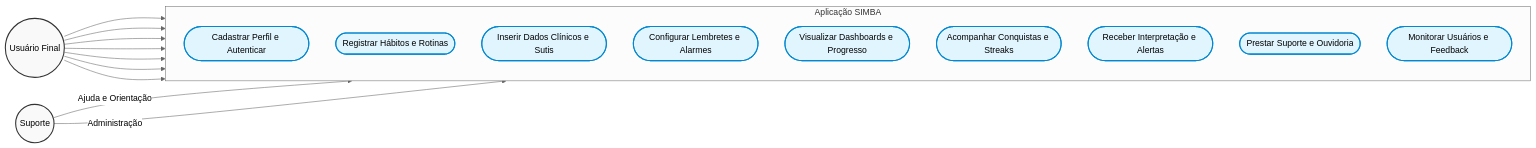
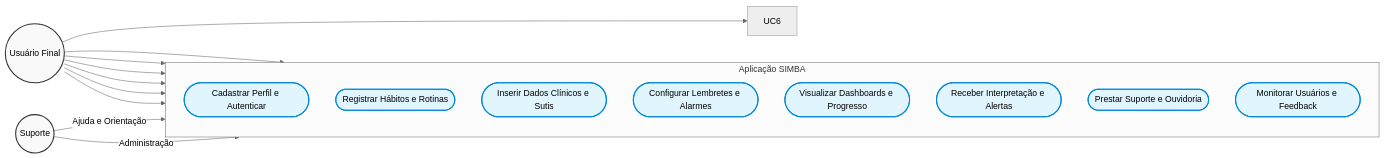
One commit to JoaoManoelSilvaMorais/Sistema-Integrado-de-Monitoramento-do-Bem-estar-SIMBA- changed the diagram in bin/README.md. Above: the diagram before and after it, drawn with Mermaid (neutral theme). The commit also changed other lines of this file and 22 other files, not shown here.

````diff
--- a/bin/README.md
+++ b/bin/README.md
@@ -37,40 +37,39 @@
 ```mermaid
 flowchart LR
     %% Definição de Estilos
     classDef actorStyle fill:#f9f9f9,stroke:#333,stroke-width:2px,color:#000;
     classDef usecaseStyle fill:#e1f5fe,stroke:#0288d1,stroke-width:2px,color:#000;
     classDef systemStyle fill:#ffffff,stroke:#666,stroke-width:2px,stroke-dasharray: 5 5;
 
     %% Atores
     User((Usuário Final)):::actorStyle
     Support((Suporte)):::actorStyle
 
     %% Sistema SIMBA
     subgraph SIMBA [Aplicação SIMBA]
         direction TB
         
         UC1([Cadastrar Perfil e Autenticar]):::usecaseStyle
         UC2([Registrar Hábitos e Rotinas]):::usecaseStyle
         UC3([Inserir Dados Clínicos e Sutis]):::usecaseStyle
         UC4([Configurar Lembretes e Alarmes]):::usecaseStyle
         UC5([Visualizar Dashboards e Progresso]):::usecaseStyle
-        UC6([Acompanhar Conquistas e Streaks]):::usecaseStyle
         UC7([Receber Interpretação e Alertas]):::usecaseStyle
         
         UC8([Prestar Suporte e Ouvidoria]):::usecaseStyle
         UC9([Monitorar Usuários e Feedback]):::usecaseStyle
     end
 
     %% Relacionamentos do Usuário Final
     User --> UC1
     User --> UC2
     User --> UC3
     User --> UC4
     User --> UC5
     User --> UC6
     User --> UC7
 
     %% Relacionamentos do Suporte
     Support -->|Ajuda e Orientação| UC8
     Support -->|Administração| UC9
 ```
````
